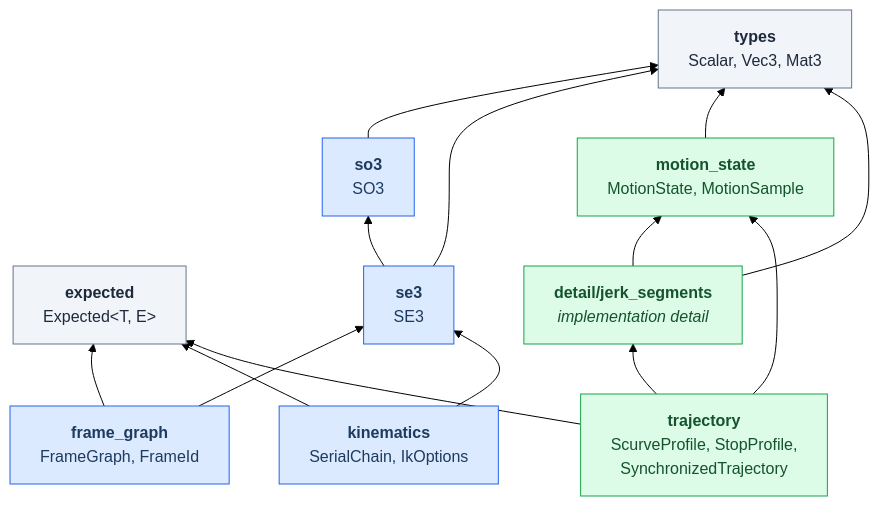
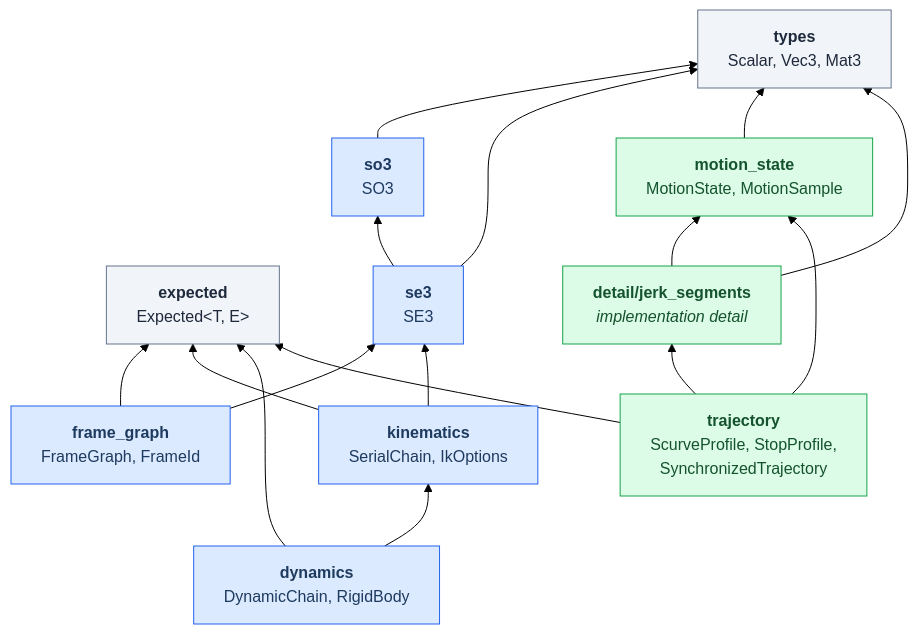
Before and after one commit to nightcityblade/motionkit: the third of 3 diagrams in docs/architecture.md, drawn with Mermaid (forest theme). The commit also changed other lines of this file and 14 other files, not shown here.

First line of the commit message:
feat: rigid-body dynamics for a serial chain (WP-04)

````diff
--- a/docs/architecture.md
+++ b/docs/architecture.md
@@ -78,35 +78,38 @@
 ```mermaid
 flowchart BT
     types["<b>types</b><br/>Scalar, Vec3, Mat3"]
     expected["<b>expected</b><br/>Expected&lt;T, E&gt;"]
 
     so3["<b>so3</b><br/>SO3"]
     se3["<b>se3</b><br/>SE3"]
     frame["<b>frame_graph</b><br/>FrameGraph, FrameId"]
     kin["<b>kinematics</b><br/>SerialChain, IkOptions"]
+    dyn["<b>dynamics</b><br/>DynamicChain, RigidBody"]
 
     ms["<b>motion_state</b><br/>MotionState, MotionSample"]
     jerk["<b>detail/jerk_segments</b><br/><i>implementation detail</i>"]
     traj["<b>trajectory</b><br/>ScurveProfile, StopProfile,<br/>SynchronizedTrajectory"]
 
     so3 --> types
     se3 --> so3
     se3 --> types
     frame --> se3
     frame --> expected
     kin --> se3
     kin --> expected
+    dyn --> kin
+    dyn --> expected
     ms --> types
     jerk --> ms
     jerk --> types
     traj --> jerk
     traj --> ms
     traj --> expected
 
     classDef pose fill:#dbeafe,stroke:#2563eb,color:#1e3a5f
     classDef motion fill:#dcfce7,stroke:#16a34a,color:#14532d
     classDef base fill:#f1f5f9,stroke:#64748b,color:#1e293b
-    class so3,se3,frame,kin pose
+    class so3,se3,frame,kin,dyn pose
     class ms,jerk,traj motion
     class types,expected base
 ```
````
